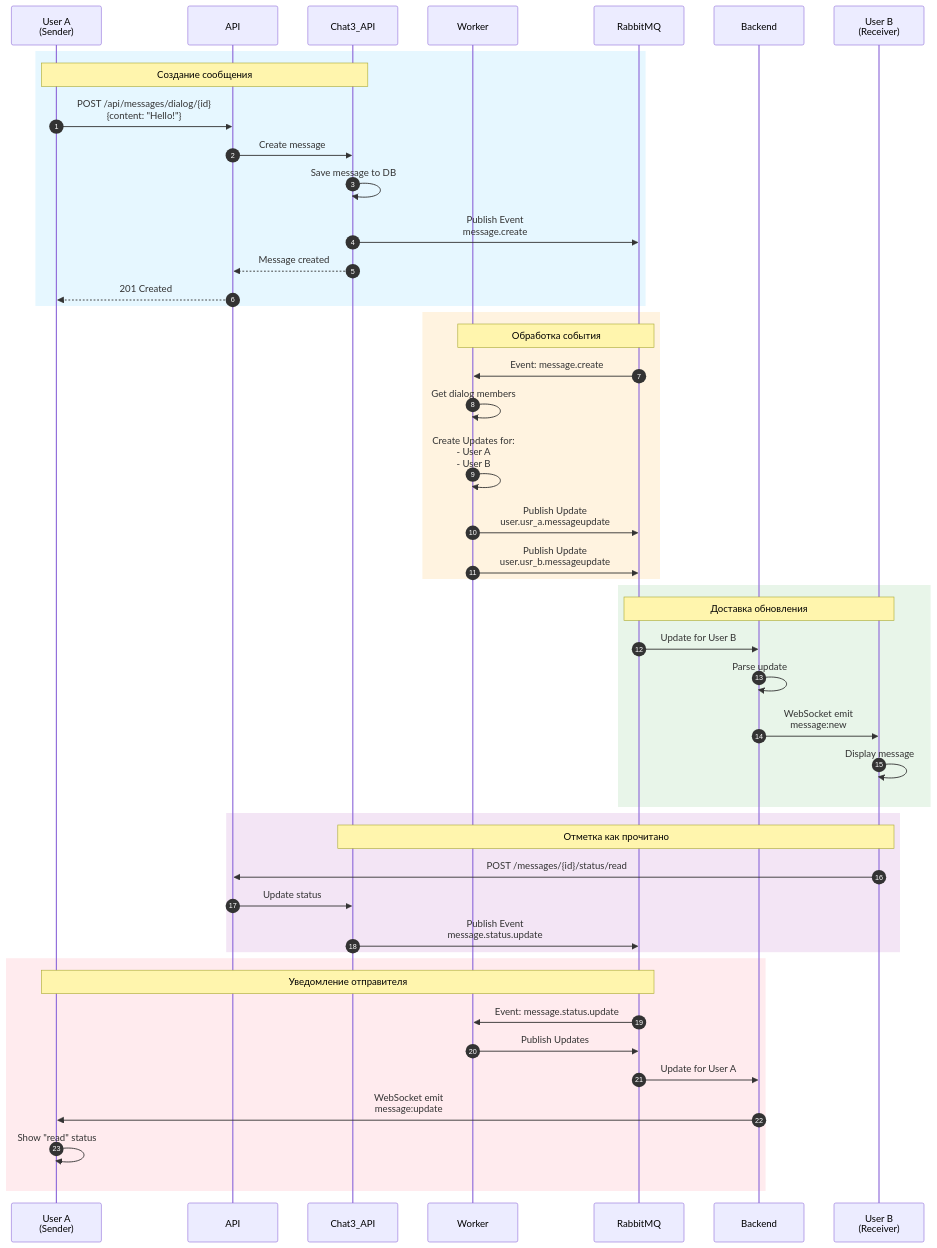
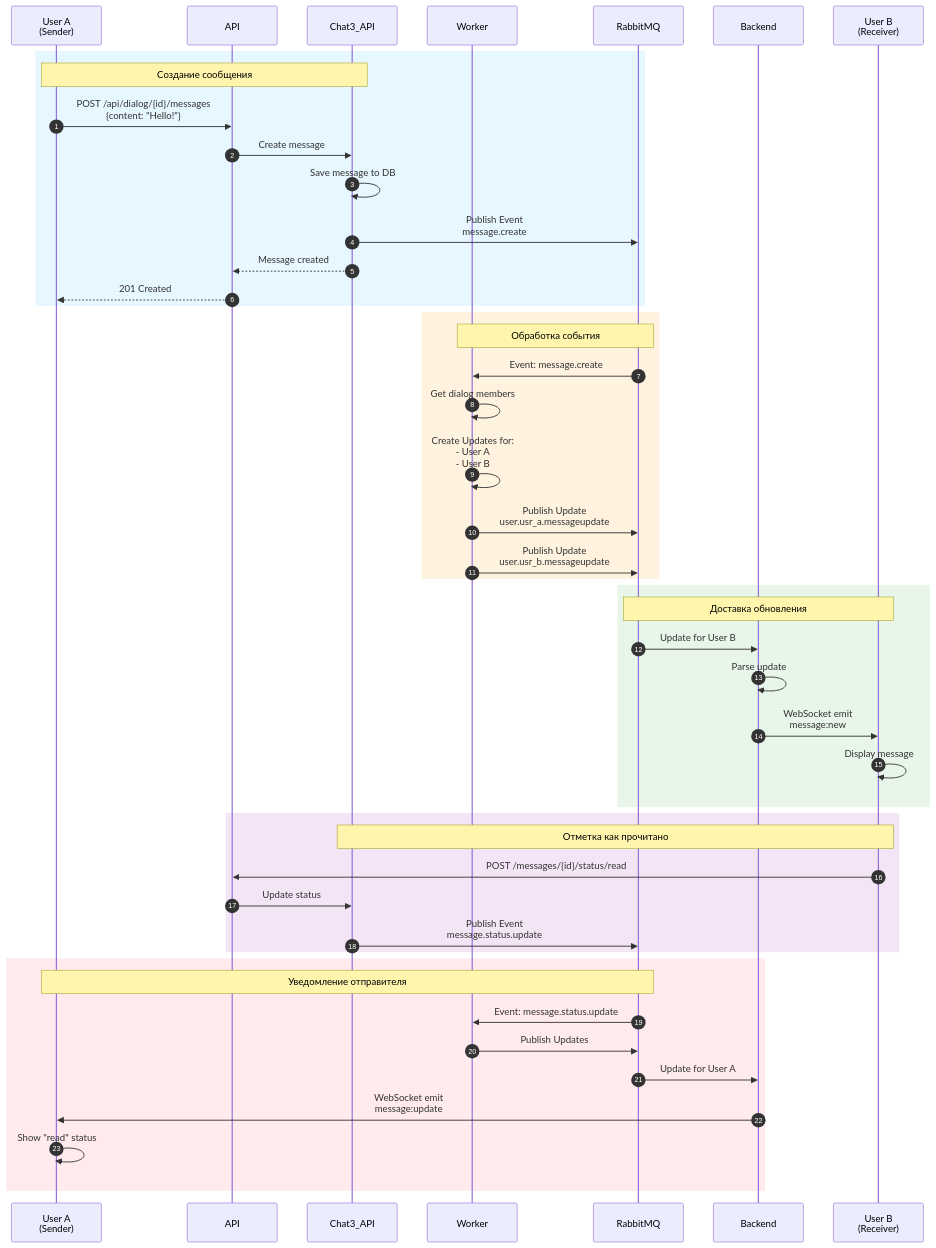
Before and after one commit to antirek/chatapp: the tenth of 14 diagrams in docs/ARCHITECTURE.md, drawn with Mermaid. The commit also changed other lines of this file and 14 other files, not shown here.

````diff
--- a/docs/ARCHITECTURE.md
+++ b/docs/ARCHITECTURE.md
@@ -615,55 +615,55 @@
 ```mermaid
 sequenceDiagram
     autonumber
     
     participant User_A as User A<br/>(Sender)
     participant API
     participant Chat3_API
     participant Worker
     participant RabbitMQ
     participant Backend
     participant User_B as User B<br/>(Receiver)
 
     rect rgb(230, 247, 255)
         Note over User_A,Chat3_API: Создание сообщения
-        User_A->>API: POST /api/messages/dialog/{id}<br/>{content: "Hello!"}
+        User_A->>API: POST /api/dialog/{id}/messages<br/>{content: "Hello!"}
         API->>Chat3_API: Create message
         Chat3_API->>Chat3_API: Save message to DB
         Chat3_API->>RabbitMQ: Publish Event<br/>message.create
         Chat3_API-->>API: Message created
         API-->>User_A: 201 Created
     end
 
     rect rgb(255, 243, 224)
         Note over Worker,RabbitMQ: Обработка события
         RabbitMQ->>Worker: Event: message.create
         Worker->>Worker: Get dialog members
         Worker->>Worker: Create Updates for:<br/>- User A<br/>- User B
         Worker->>RabbitMQ: Publish Update<br/>user.usr_a.messageupdate
         Worker->>RabbitMQ: Publish Update<br/>user.usr_b.messageupdate
     end
 
     rect rgb(232, 245, 233)
         Note over RabbitMQ,User_B: Доставка обновления
         RabbitMQ->>Backend: Update for User B
         Backend->>Backend: Parse update
         Backend->>User_B: WebSocket emit<br/>message:new
         User_B->>User_B: Display message
     end
 
     rect rgb(243, 229, 245)
         Note over User_B,Chat3_API: Отметка как прочитано
         User_B->>API: POST /messages/{id}/status/read
         API->>Chat3_API: Update status
         Chat3_API->>RabbitMQ: Publish Event<br/>message.status.update
     end
 
     rect rgb(255, 235, 238)
         Note over RabbitMQ,User_A: Уведомление отправителя
         RabbitMQ->>Worker: Event: message.status.update
         Worker->>RabbitMQ: Publish Updates
         RabbitMQ->>Backend: Update for User A
         Backend->>User_A: WebSocket emit<br/>message:update
         User_A->>User_A: Show "read" status
     end
 ```
````
